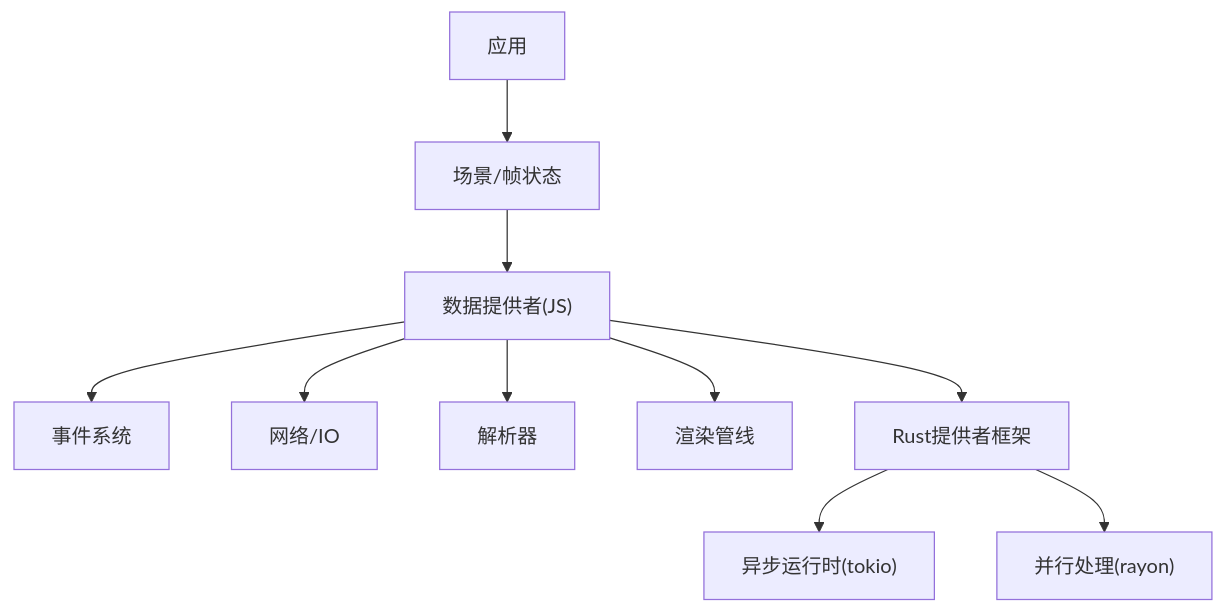
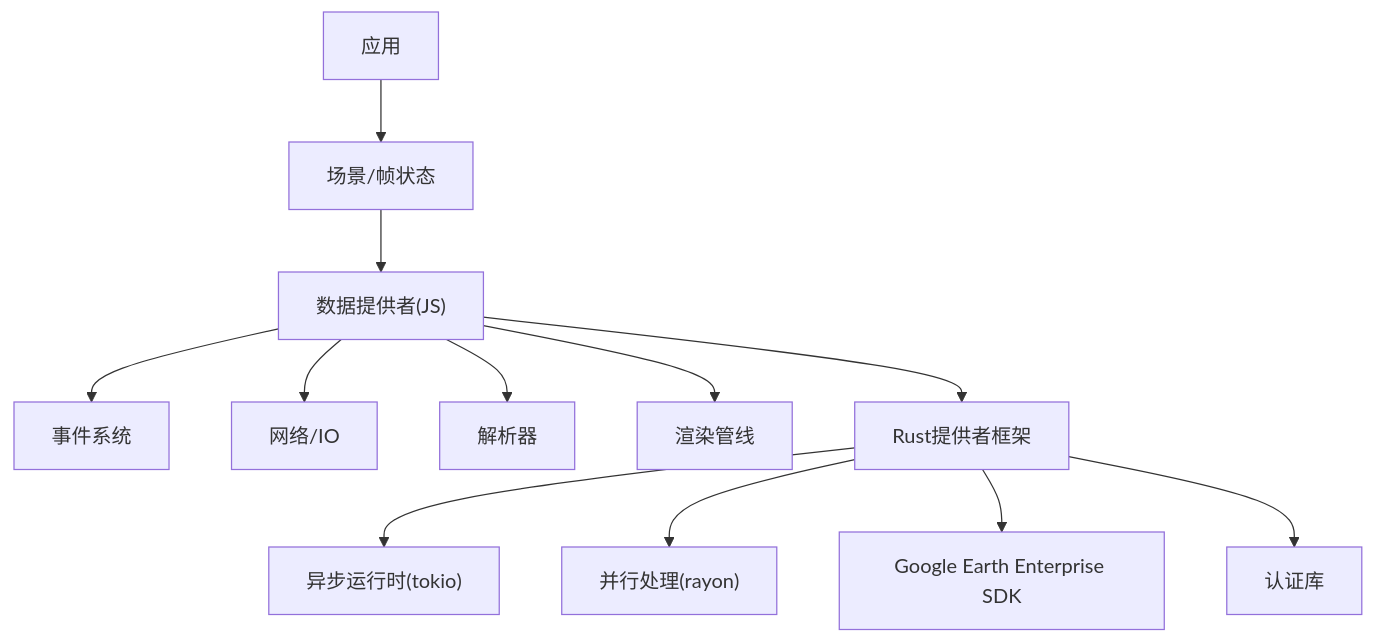
The seventh of 7 diagrams in .qoder/repowiki/zh/content/数据提供者/数据提供者架构.md (rzhangjing/cesium), drawn with Mermaid before and after one commit. The commit also changed other lines of this file and 32 other files, not shown here.

````diff
--- a/.qoder/repowiki/zh/content/数据提供者/数据提供者架构.md
+++ b/.qoder/repowiki/zh/content/数据提供者/数据提供者架构.md
@@ -335,12 +473,14 @@
 ```mermaid
 graph TB
 DS["数据提供者(JS)"] --> EVT["事件系统"]
 DS --> NET["网络/IO"]
 DS --> PARSE["解析器"]
 DS --> RENDER["渲染管线"]
 DS --> RUSTProv["Rust提供者框架"]
 RUSTProv --> AsyncRuntime["异步运行时(tokio)"]
 RUSTProv --> Parallel["并行处理(rayon)"]
+RUSTProv --> GEE_SDK["Google Earth Enterprise SDK"]
+RUSTProv --> AuthLib["认证库"]
 SCENE["场景/帧状态"] --> DS
 APP["应用"] --> SCENE
 ```
````
